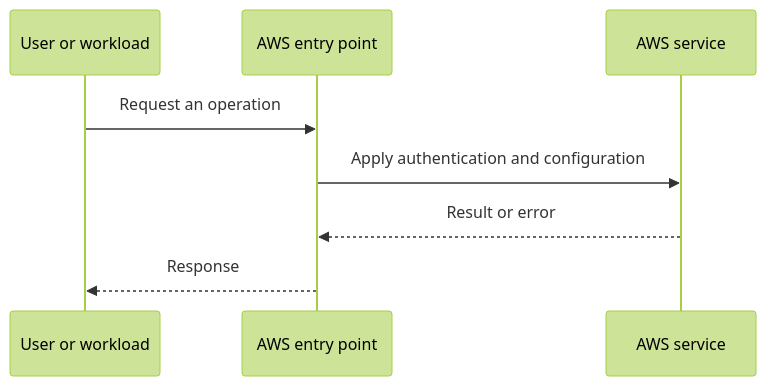
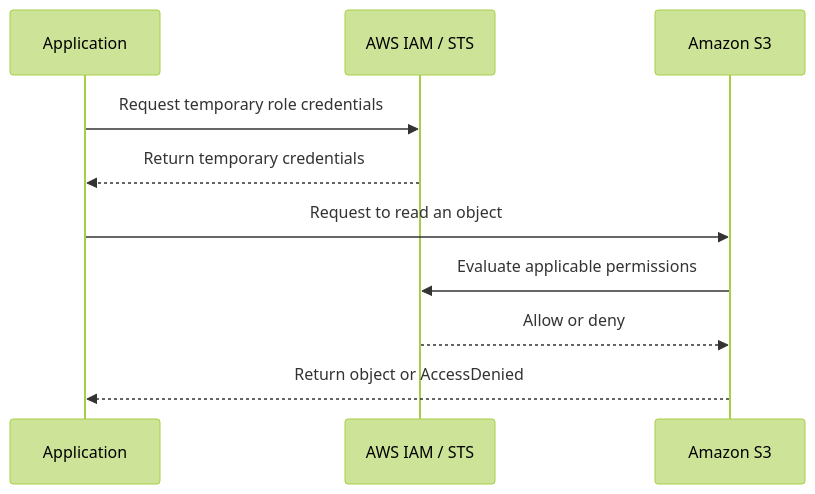
One commit to jayeshsharma2605/aws-education-notes changed the diagram in IAM_Users_Explained.md. Above: the diagram before and after it, drawn with Mermaid (forest theme). The commit also changed other lines of this file, not shown here.

Commit message:
Simplify and complete AWS IAM users lesson

````diff
--- a/IAM_Users_Explained.md
+++ b/IAM_Users_Explained.md
@@ -107,10 +233,13 @@
 ```mermaid
 sequenceDiagram
-  participant U as User or workload
-  participant A as AWS entry point
-  participant S as AWS service
-  U->>A: Request an operation
-  A->>S: Apply authentication and configuration
-  S-->>A: Result or error
-  A-->>U: Response
+    participant App as Application
+    participant IAM as AWS IAM / STS
+    participant S3 as Amazon S3
+
+    App->>IAM: Request temporary role credentials
+    IAM-->>App: Return temporary credentials
+    App->>S3: Request to read an object
+    S3->>IAM: Evaluate applicable permissions
+    IAM-->>S3: Allow or deny
+    S3-->>App: Return object or AccessDenied
 ```
````
